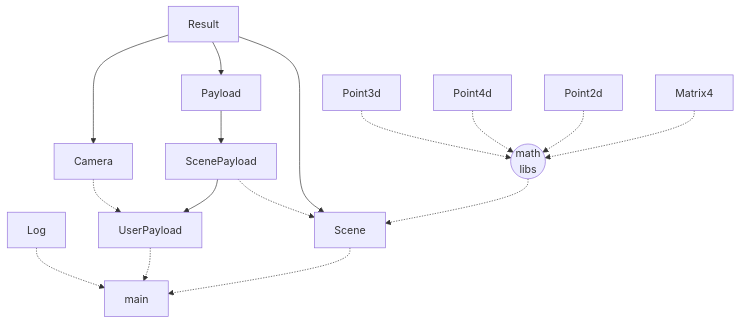
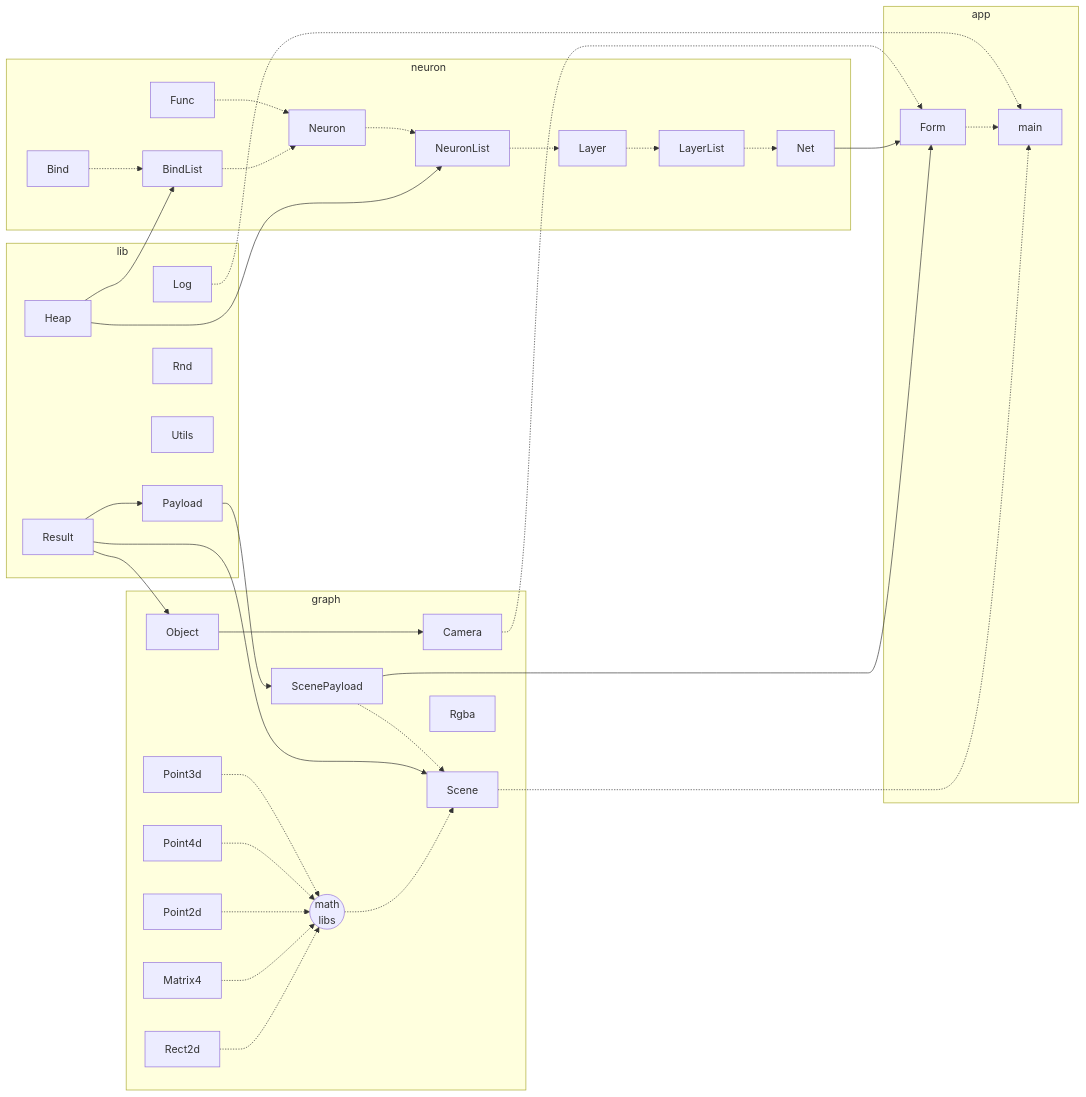
The first of 2 diagrams in README.md (johnthesmith/shoggoth), drawn with Mermaid before and after one commit. The commit also changed other lines of this file and 12 other files, not shown here.

````diff
--- a/README.md
+++ b/README.md
@@ -50,34 +50,88 @@
 ```mermaid
-flowchart
+flowchart LR
 
+ScenePayload
+Camera
+
+math((math<br>libs))
+
+subgraph app
+    main
+    Form
+end
+
+subgraph lib
+    Heap
+    Result
+    Payload
+    Log
+    Rnd
+    Utils
+end
+
+subgraph graph
+    Object
+    Camera
     ScenePayload
-    Camera
-    Log
+    Scene
+    math
+    Point3d
+    Point4d
+    Point2d
+    Matrix4
+    Rect2d
+    Rgba
+    
+end
 
-    math((math<br>libs))
+subgraph neuron
+    Bind
+    BindList
+    Layer
+    LayerList
+    Net
+    Neuron
+    NeuronList
+    Func
+end
 
 
-    Payload --> ScenePayload
-    Camera -.-> UserPayload
+Payload --> ScenePayload
+Camera -.-> Form
 
 
-    ScenePayload -->  UserPayload
-    ScenePayload-.-> Scene
+ScenePayload-.-> Scene
 
-    Result --> Camera
-    Result --> Payload
-    Result --> Scene
+Object --> Camera
+Result --> Payload
+Result --> Scene
+Result --> Object
 
 
-    Log -.-> main
+Log -.-> main
 
-    UserPayload -.-> main
-    Scene -.-> main
+Form -.-> main
+Scene -.-> main
 
-    Point3d -.-> math
-    Point4d -.-> math
-    Point2d -.-> math
-    Matrix4 -.-> math
+Point3d -.-> math
+Point4d -.-> math
+Point2d -.-> math
+Matrix4 -.-> math
+Rect2d -.-> math
 
-    math -.-> Scene
+math -.-> Scene
+
+Net --> Form
+ScenePayload--> Form 
+
+
+Func -.-> Neuron
+Neuron -.-> NeuronList
+NeuronList -.-> Layer
+Layer -.-> LayerList
+LayerList -.-> Net
+Bind -.-> BindList
+BindList -.-> Neuron
+Heap --> BindList
+Heap --> NeuronList
 ```
````
